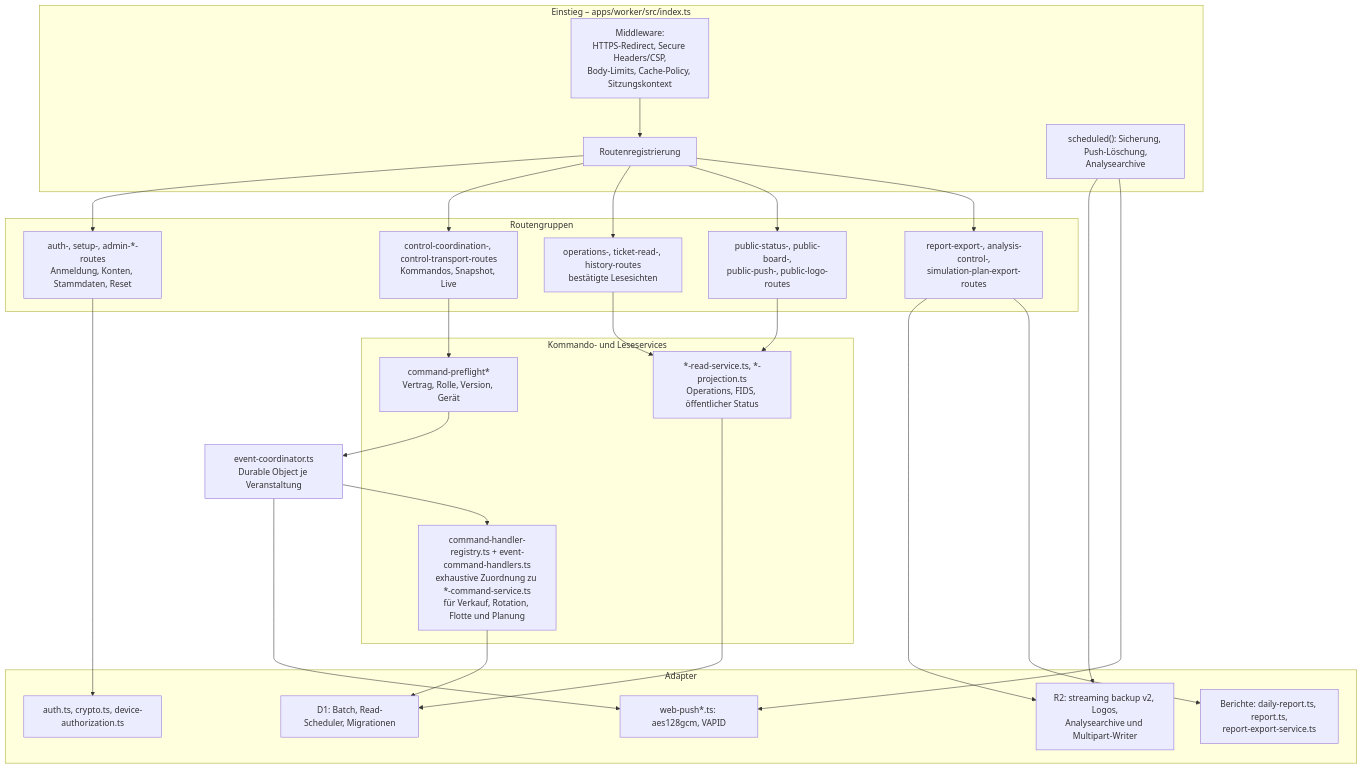
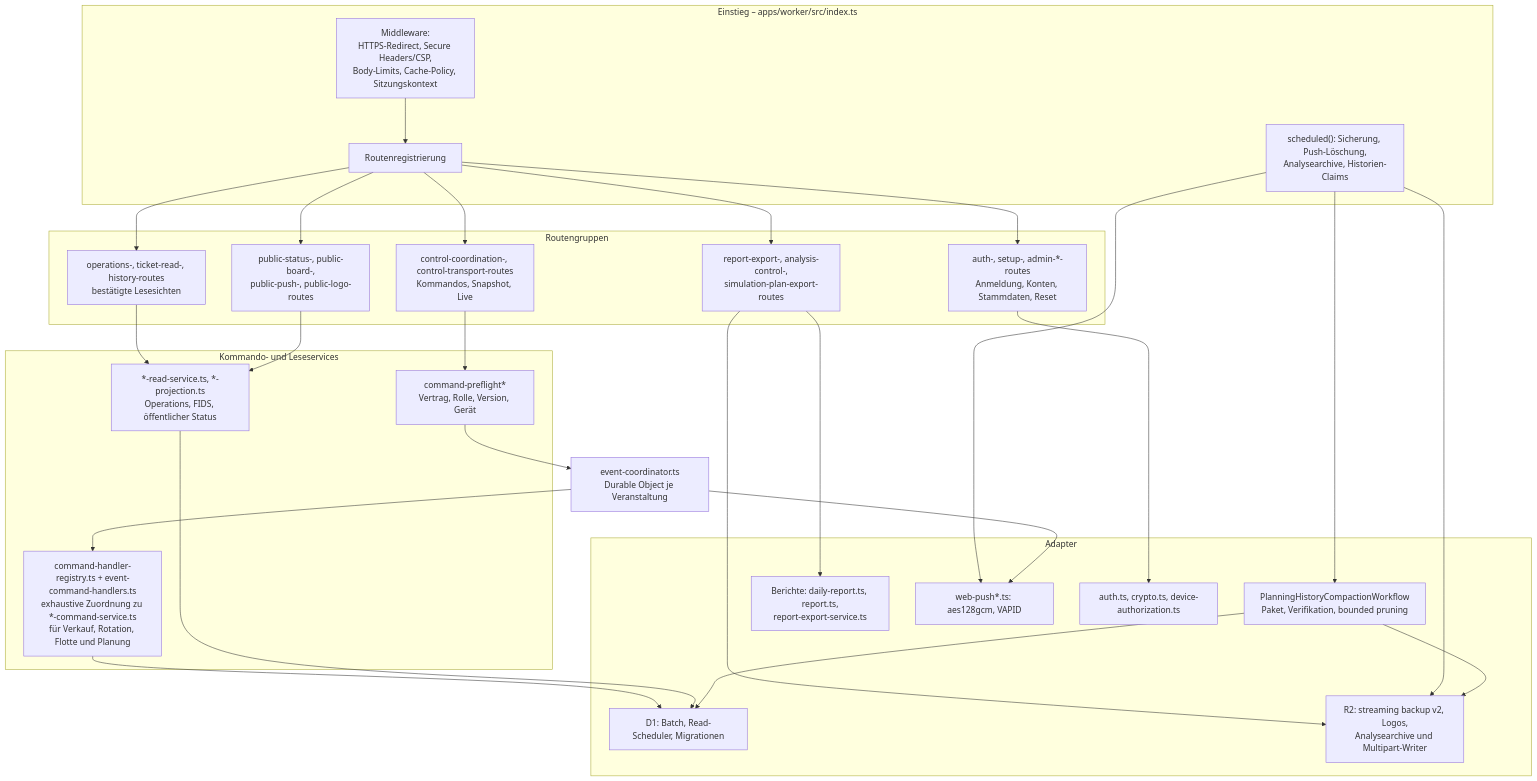
Before and after one commit to aguther/rundflug-leitstand: the fourth of 8 diagrams in docs/architecture/arc42/05-bausteinsicht.md, drawn with Mermaid. The commit also changed other lines of this file and 54 other files, not shown here.

First line of the commit message:
feat(worker): compact verified planning history to R2

````diff
--- a/docs/architecture/arc42/05-bausteinsicht.md
+++ b/docs/architecture/arc42/05-bausteinsicht.md
@@ -86,46 +86,49 @@
 ```mermaid
 flowchart TB
     subgraph Entry["Einstieg – apps/worker/src/index.ts"]
         MW["Middleware:<br/>HTTPS-Redirect, Secure Headers/CSP,<br/>Body-Limits, Cache-Policy, Sitzungskontext"]
         ROUTES["Routenregistrierung"]
-        CRONH["scheduled(): Sicherung, Push-Löschung,<br/>Analysearchive"]
+        CRONH["scheduled(): Sicherung, Push-Löschung,<br/>Analysearchive, Historien-Claims"]
     end
 
     subgraph RouteGroups["Routengruppen"]
         AUTHR["auth-, setup-, admin-*-routes<br/>Anmeldung, Konten, Stammdaten, Reset"]
         CTRL["control-coordination-, control-transport-routes<br/>Kommandos, Snapshot, Live"]
         OPS["operations-, ticket-read-, history-routes<br/>bestätigte Lesesichten"]
         PUB["public-status-, public-board-,<br/>public-push-, public-logo-routes"]
         EXP["report-export-, analysis-control-,<br/>simulation-plan-export-routes"]
     end
 
     subgraph Services["Kommando- und Leseservices"]
         CMD["command-handler-registry.ts + event-command-handlers.ts<br/>exhaustive Zuordnung zu *-command-service.ts<br/>für Verkauf, Rotation, Flotte und Planung"]
         READ["*-read-service.ts, *-projection.ts<br/>Operations, FIDS, öffentlicher Status"]
         PRE["command-preflight*<br/>Vertrag, Rolle, Version, Gerät"]
     end
 
     DO["event-coordinator.ts<br/>Durable Object je Veranstaltung"]
 
     subgraph Adapters["Adapter"]
         D1A["D1: Batch, Read-Scheduler, Migrationen"]
         R2A["R2: streaming backup v2, Logos,<br/>Analysearchive und Multipart-Writer"]
+        PH["PlanningHistoryCompactionWorkflow<br/>Paket, Verifikation, bounded pruning"]
         REPORT["Berichte: daily-report.ts, report.ts,<br/>report-export-service.ts"]
         PUSHA["web-push*.ts: aes128gcm, VAPID"]
         AUTHA["auth.ts, crypto.ts, device-authorization.ts"]
     end
 
     MW --> ROUTES
     ROUTES --> AUTHR & CTRL & OPS & PUB & EXP
     CTRL --> PRE --> DO
     DO --> CMD
     CMD --> D1A
     OPS --> READ --> D1A
     PUB --> READ
     EXP --> R2A
     EXP --> REPORT
     CRONH --> R2A
+    CRONH --> PH --> D1A
+    PH --> R2A
     CRONH --> PUSHA
     DO --> PUSHA
     AUTHR --> AUTHA
 ```
````
